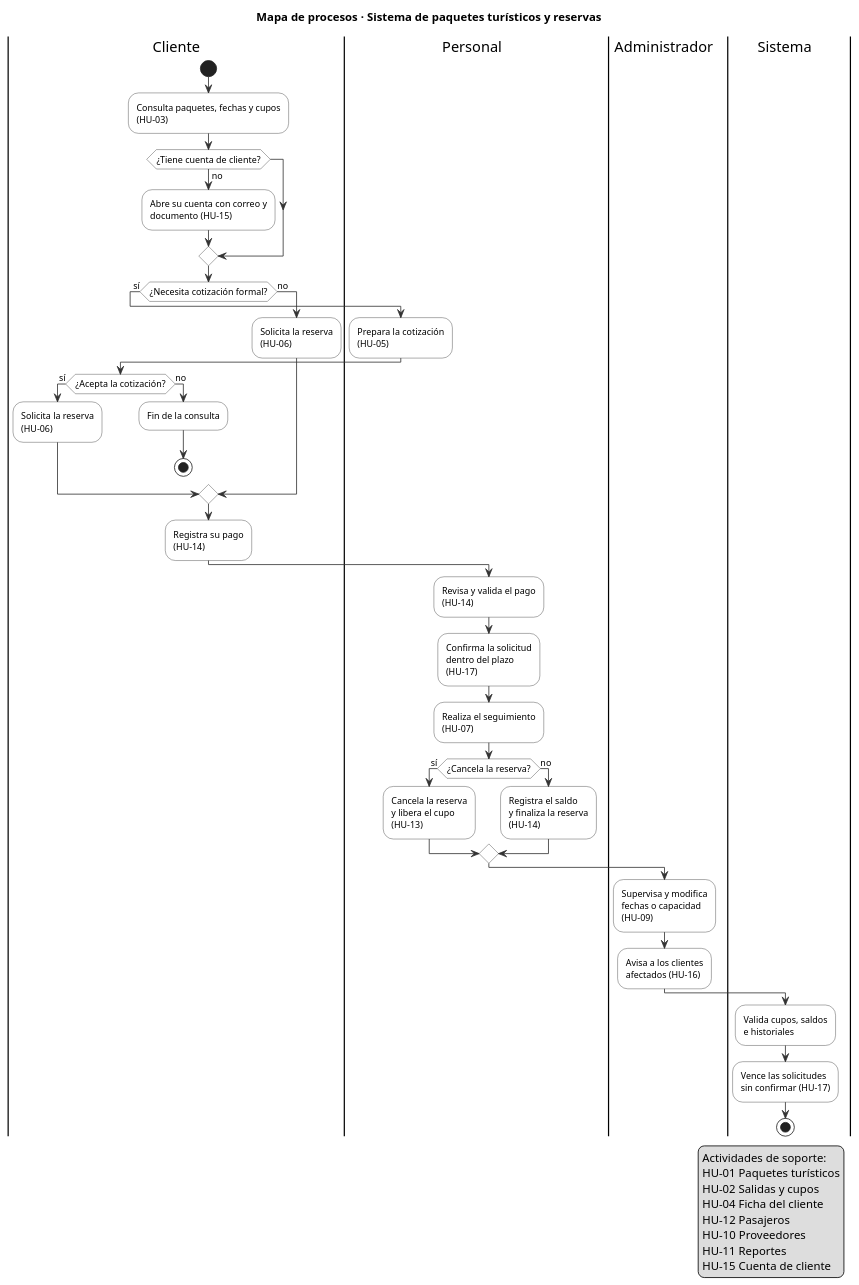
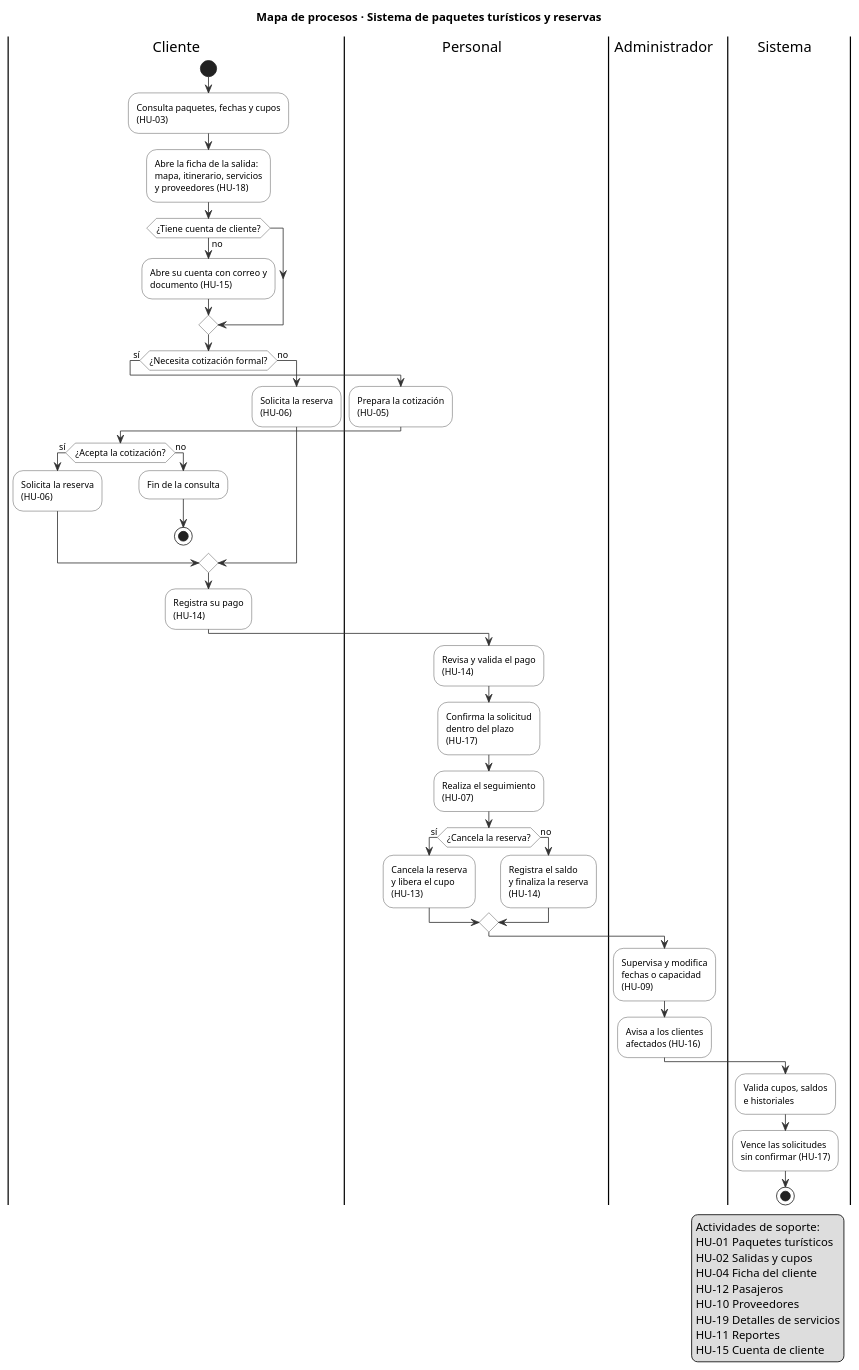
Before and after one commit to fervflow/sis-inf3-proyecto-formativo: the diagram in sistema/diagramas/uml/procesos/mapa-procesos.puml, drawn with PlantUML. The commit also changed 34 other files, not shown here.

```diff
--- a/sistema/diagramas/uml/procesos/mapa-procesos.puml
+++ b/sistema/diagramas/uml/procesos/mapa-procesos.puml
@@ -1,63 +1,65 @@
 @startuml
 title Mapa de procesos · Sistema de paquetes turísticos y reservas
 ' Dos canales de atención (solicitud del cliente con su cuenta, y
 ' atención del personal) que desembocan en el mismo proceso validado.
 skinparam ActivityFontName Arial
 skinparam ActivityFontSize 11
 skinparam ActivityBackgroundColor #FFFFFF
 skinparam ActivityBorderColor #333333
 skinparam ArrowColor #333333
 skinparam swimlaneWidth 230
 
 |Cliente|
 start
 :Consulta paquetes, fechas y cupos\n(HU-03);
+:Abre la ficha de la salida:\nmapa, itinerario, servicios\ny proveedores (HU-18);
 if (¿Tiene cuenta de cliente?) then (no)
   :Abre su cuenta con correo y\ndocumento (HU-15);
 endif
 if (¿Necesita cotización formal?) then (sí)
   |Personal|
   :Prepara la cotización\n(HU-05);
   |Cliente|
   if (¿Acepta la cotización?) then (sí)
     :Solicita la reserva\n(HU-06);
   else (no)
     :Fin de la consulta;
     stop
   endif
 else (no)
   :Solicita la reserva\n(HU-06);
 endif
 :Registra su pago\n(HU-14);
 
 |Personal|
 :Revisa y valida el pago\n(HU-14);
 :Confirma la solicitud\ndentro del plazo\n(HU-17);
 :Realiza el seguimiento\n(HU-07);
 if (¿Cancela la reserva?) then (sí)
   :Cancela la reserva\ny libera el cupo\n(HU-13);
 else (no)
   :Registra el saldo\ny finaliza la reserva\n(HU-14);
 endif
 
 |Administrador|
 :Supervisa y modifica\nfechas o capacidad\n(HU-09);
 :Avisa a los clientes\nafectados (HU-16);
 
 |Sistema|
 :Valida cupos, saldos\ne historiales;
 :Vence las solicitudes\nsin confirmar (HU-17);
 
 stop
 
 legend right
   Actividades de soporte:
   HU-01 Paquetes turísticos
   HU-02 Salidas y cupos
   HU-04 Ficha del cliente
   HU-12 Pasajeros
   HU-10 Proveedores
+  HU-19 Detalles de servicios
   HU-11 Reportes
   HU-15 Cuenta de cliente
 end legend
 @enduml
```
